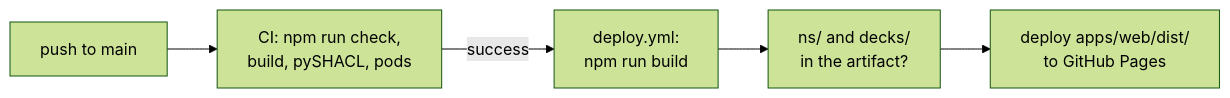
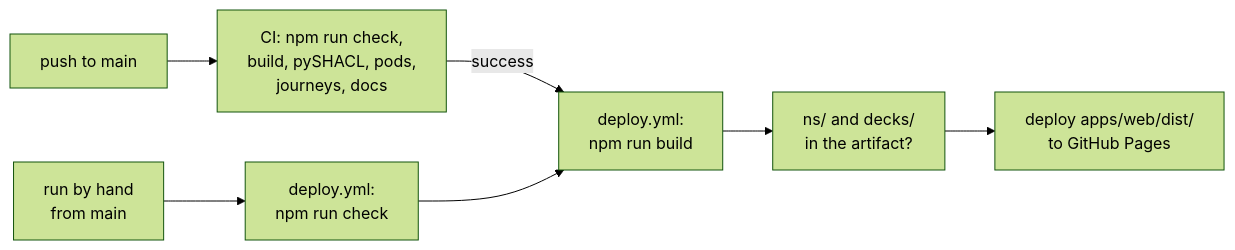
Before and after one commit to solid-memo/website: the diagram in docs/deployment.md, drawn with Mermaid (forest theme). The commit also changed other lines of this file and 4 other files, not shown here.

````diff
--- a/docs/deployment.md
+++ b/docs/deployment.md
@@ -13,4 +13,5 @@
 ```mermaid
 flowchart LR
-    push["push to main"] --> ci["CI: npm run check,<br/>build, pySHACL, pods"] -->|success| build["deploy.yml:<br/>npm run build"] --> guard["ns/ and decks/<br/>in the artifact?"] --> pages["deploy apps/web/dist/<br/>to GitHub Pages"]
+    push["push to main"] --> ci["CI: npm run check,<br/>build, pySHACL, pods,<br/>journeys, docs"] -->|success| build["deploy.yml:<br/>npm run build"] --> guard["ns/ and decks/<br/>in the artifact?"] --> pages["deploy apps/web/dist/<br/>to GitHub Pages"]
+    hand["run by hand<br/>from main"] --> check["deploy.yml:<br/>npm run check"] --> build
 ```
````
